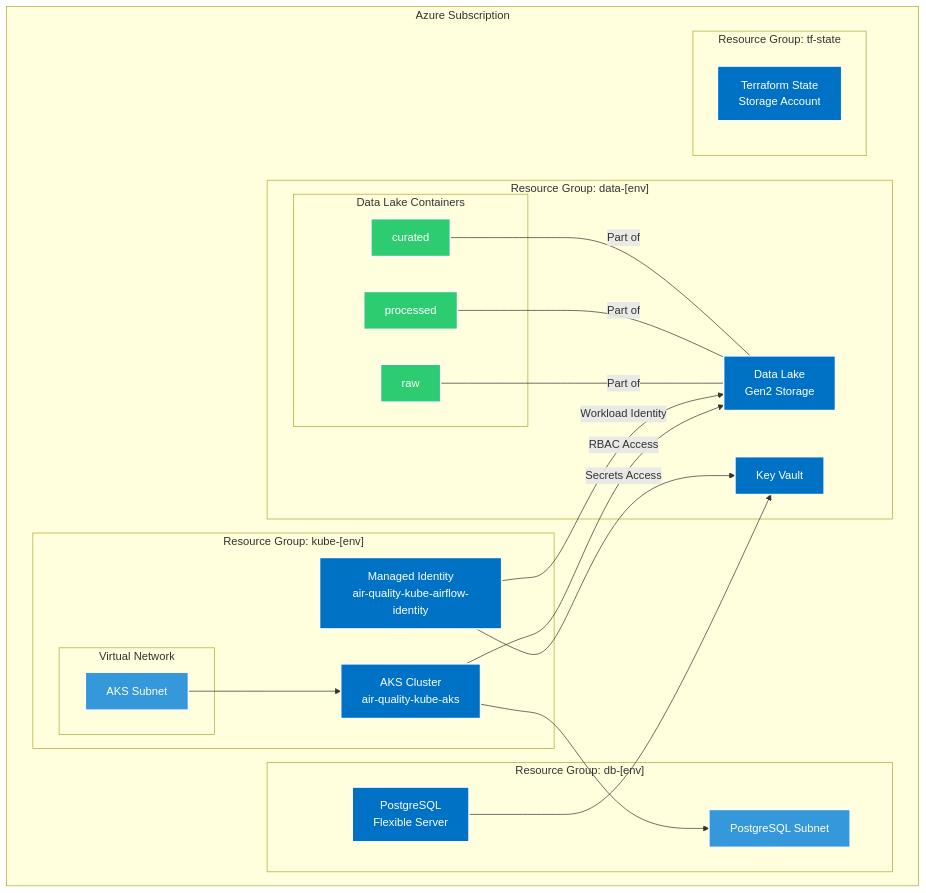
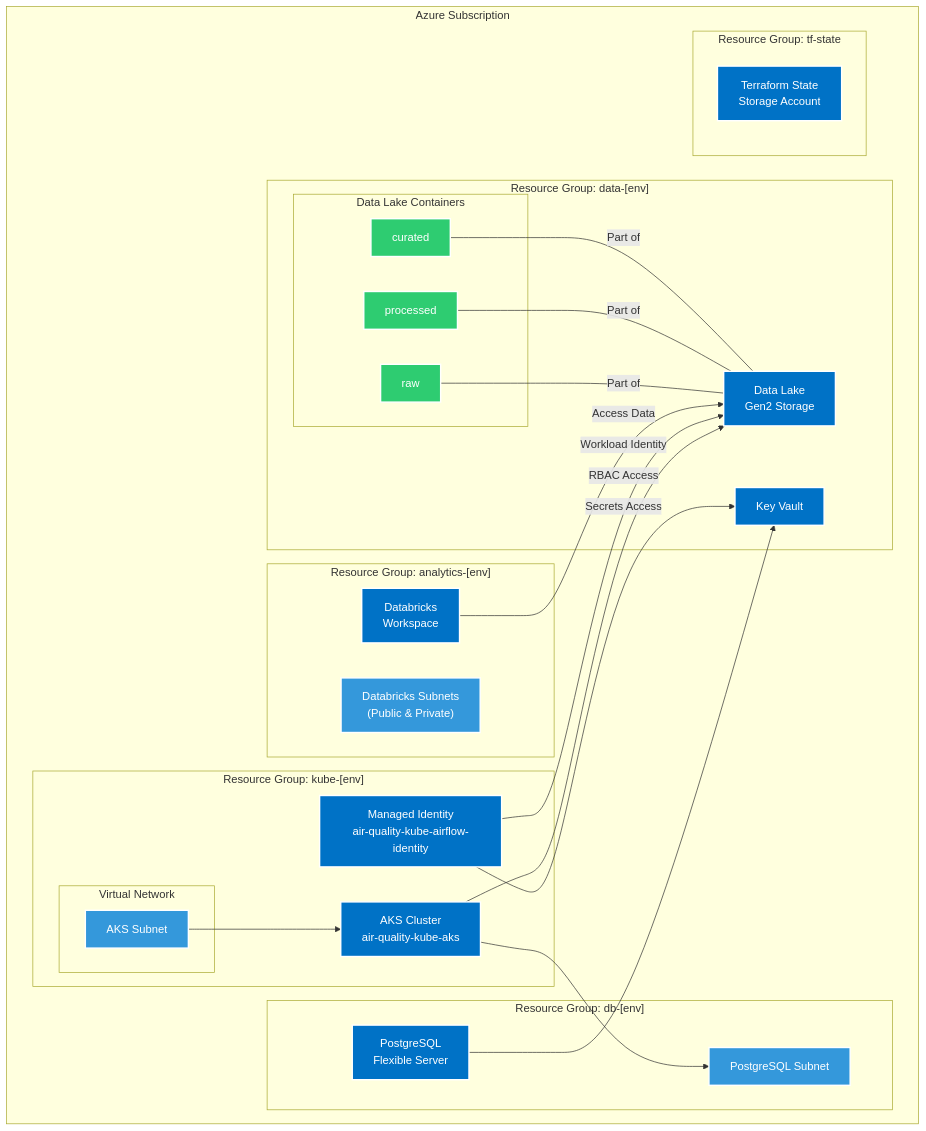
The first of 3 diagrams in README.md (waddafunk/the-air-quality-project-infrastructure-as-code), drawn with Mermaid before and after one commit. The commit also changed other lines of this file, not shown here.

````diff
--- a/README.md
+++ b/README.md
@@ -9,47 +17,53 @@
 ```mermaid
 graph TB
     subgraph "Azure Subscription"
         subgraph "Resource Group: kube-[env]"
             AKS["AKS Cluster<br/>air-quality-kube-aks"]
             MSID["Managed Identity<br/>air-quality-kube-airflow-identity"]
             subgraph "Virtual Network"
                 AKSSUBNET["AKS Subnet"]
             end
         end
         
         subgraph "Resource Group: data-[env]"
             DL["Data Lake<br/>Gen2 Storage"]
             KV["Key Vault"]
             subgraph "Data Lake Containers"
                 RAW["raw"]
                 PROCESSED["processed"]
                 CURATED["curated"]
             end
         end
         
         subgraph "Resource Group: db-[env]"
             PG["PostgreSQL<br/>Flexible Server"]
             PGSUBNET["PostgreSQL Subnet"]
         end
         
+        subgraph "Resource Group: analytics-[env]"
+            DB["Databricks<br/>Workspace"]
+            DBSUBNETS["Databricks Subnets<br/>(Public & Private)"]
+        end
+        
         subgraph "Resource Group: tf-state"
             TFSTATE["Terraform State<br/>Storage Account"]
         end
     end
     
     AKSSUBNET --> AKS
     AKS -->|RBAC Access| DL
     AKS --> PGSUBNET
     MSID -->|Workload Identity| DL
     MSID -->|Secrets Access| KV
     PG --> KV
+    DB -->|Access Data| DL
     RAW & PROCESSED & CURATED ---|"Part of"| DL
     
     classDef azure fill:#0072C6,stroke:#fff,stroke-width:2px,color:#fff
     classDef storage fill:#3498DB,stroke:#fff,stroke-width:2px,color:#fff
     classDef container fill:#2ECC71,stroke:#fff,stroke-width:2px,color:#fff
     
-    class AKS,DL,TFSTATE,PG,KV,MSID azure
+    class AKS,DL,TFSTATE,PG,KV,MSID,DB azure
     class RAW,PROCESSED,CURATED container
-    class AKSSUBNET,PGSUBNET storage
+    class AKSSUBNET,PGSUBNET,DBSUBNETS storage
 ```
````
